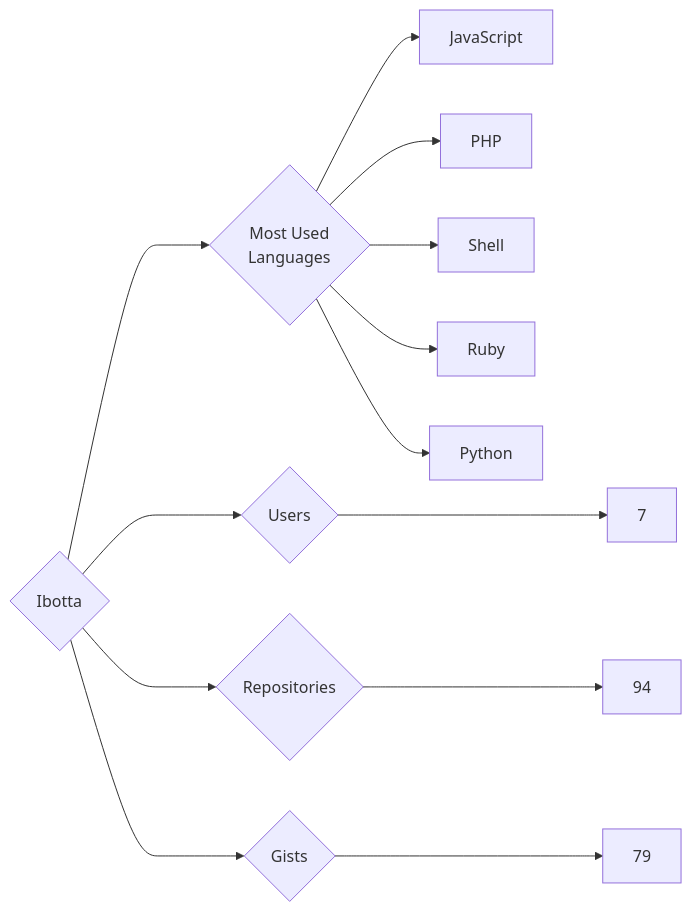
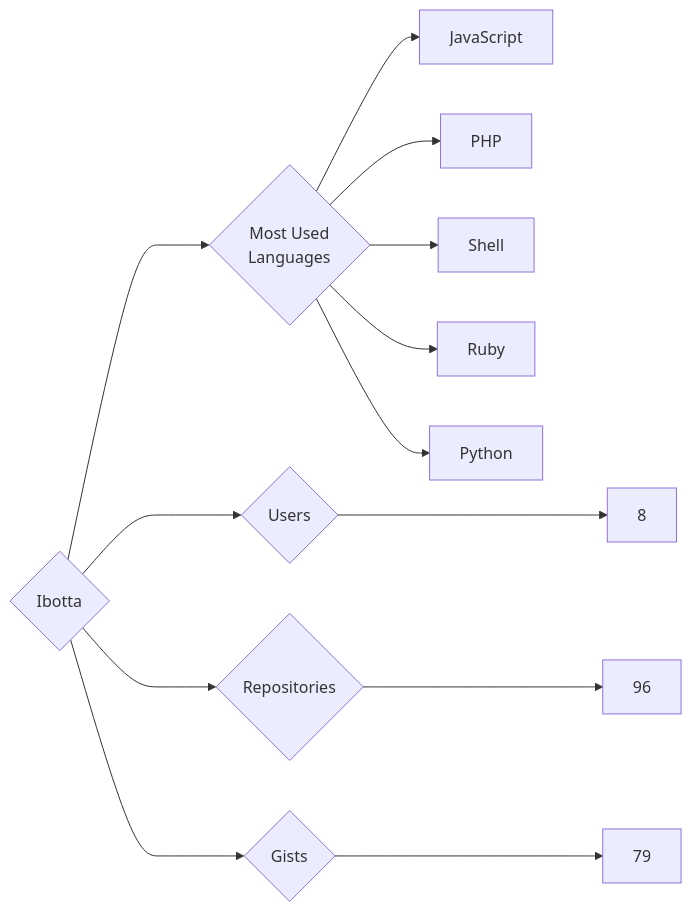
Before and after one commit to trickest/insiders: the diagram in targets/Ibotta/README.md, drawn with Mermaid. The commit also changed 826 other files, not shown here.

````diff
--- a/targets/Ibotta/README.md
+++ b/targets/Ibotta/README.md
@@ -3,13 +3,13 @@
 ```mermaid
 graph LR
 COMPANY_NAME{Ibotta}
-COMPANY_NAME ---> U{Users} ---> UN[7]
-COMPANY_NAME ---> R{Repositories} ---> RN[94]
+COMPANY_NAME ---> U{Users} ---> UN[8]
+COMPANY_NAME ---> R{Repositories} ---> RN[96]
 COMPANY_NAME ---> G{Gists} ---> GN[79]
 COMPANY_NAME ---> ML{Most Used<br>Languages}
 ML --> JavaScript[JavaScript]
 ML --> PHP[PHP]
 ML --> Shell[Shell]
 ML --> Ruby[Ruby]
 ML --> Python[Python]
 ```
````
